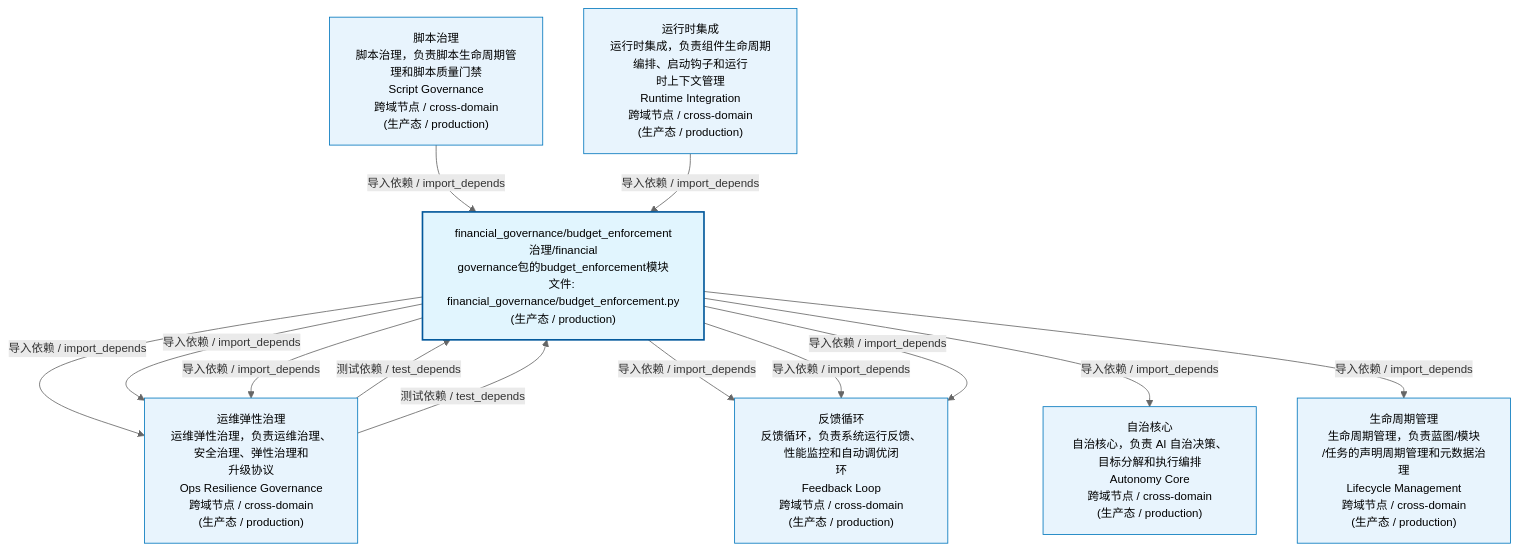
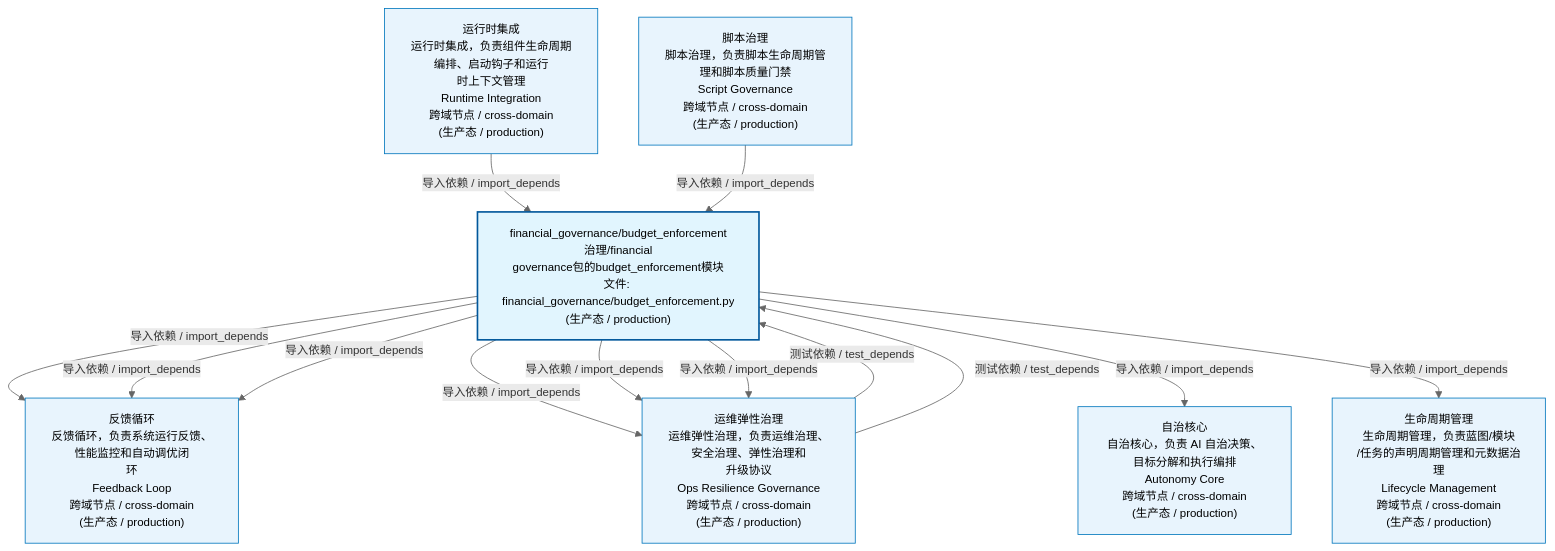
Before and after one commit to xuanFelixVan/ZephyrAlpha: the first of 3 diagrams in docs/02_enterprise_architecture/02_domain_architecture_docs/54_d_gov_repair.md, drawn with Mermaid. The commit also changed 51 other files, not shown here.

````diff
--- a/docs/02_enterprise_architecture/02_domain_architecture_docs/54_d_gov_repair.md
+++ b/docs/02_enterprise_architecture/02_domain_architecture_docs/54_d_gov_repair.md
@@ -53,29 +53,29 @@
 ```mermaid
 %%{init: {'theme': 'base', 'themeVariables': {'primaryColor': '#eaeaea', 'primaryTextColor': '#333333', 'primaryBorderColor': '#666666', 'lineColor': '#666666', 'secondaryColor': '#eaeaea', 'tertiaryColor': '#eaeaea', 'fontSize': '14px'}}}%%
 flowchart TD
     src_zephyr_governance_financial_governance_budget_enforcement_py["financial_governance/budget_enforcement<br/>治理/financial<br/>governance包的budget_enforcement模块<br/>文件: financial_governance/budget_enforcement.py<br/>(生产态 / production)"]
+    D_OPS["反馈循环<br/>反馈循环，负责系统运行反馈、性能监控和自动调优闭<br/>环<br/>Feedback Loop<br/>跨域节点 / cross-domain<br/>(生产态 / production)"]
+    src_zephyr_governance_financial_governance_budget_enforcement_py -->|导入依赖 / import_depends| D_OPS
     D_GOV_OPS_RESILIENCE["运维弹性治理<br/>运维弹性治理，负责运维治理、安全治理、弹性治理和<br/>升级协议<br/>Ops Resilience Governance<br/>跨域节点 / cross-domain<br/>(生产态 / production)"]
     src_zephyr_governance_financial_governance_budget_enforcement_py -->|导入依赖 / import_depends| D_GOV_OPS_RESILIENCE
-    D_OPS["反馈循环<br/>反馈循环，负责系统运行反馈、性能监控和自动调优闭<br/>环<br/>Feedback Loop<br/>跨域节点 / cross-domain<br/>(生产态 / production)"]
-    src_zephyr_governance_financial_governance_budget_enforcement_py -->|导入依赖 / import_depends| D_OPS
     src_zephyr_governance_financial_governance_budget_enforcement_py -->|导入依赖 / import_depends| D_GOV_OPS_RESILIENCE
     src_zephyr_governance_financial_governance_budget_enforcement_py -->|导入依赖 / import_depends| D_OPS
     src_zephyr_governance_financial_governance_budget_enforcement_py -->|导入依赖 / import_depends| D_OPS
     src_zephyr_governance_financial_governance_budget_enforcement_py -->|导入依赖 / import_depends| D_GOV_OPS_RESILIENCE
     D_AUTONOMY_CORE["自治核心<br/>自治核心，负责 AI 自治决策、目标分解和执行编排<br/>Autonomy Core<br/>跨域节点 / cross-domain<br/>(生产态 / production)"]
     src_zephyr_governance_financial_governance_budget_enforcement_py -->|导入依赖 / import_depends| D_AUTONOMY_CORE
     D_GOVERNANCE["生命周期管理<br/>生命周期管理，负责蓝图/模块<br/>/任务的声明周期管理和元数据治理<br/>Lifecycle Management<br/>跨域节点 / cross-domain<br/>(生产态 / production)"]
     src_zephyr_governance_financial_governance_budget_enforcement_py -->|导入依赖 / import_depends| D_GOVERNANCE
     D_GOV_OPS_RESILIENCE -->|测试依赖 / test_depends| src_zephyr_governance_financial_governance_budget_enforcement_py
-    D_GOV_SCRIPTS["脚本治理<br/>脚本治理，负责脚本生命周期管理和脚本质量门禁<br/>Script Governance<br/>跨域节点 / cross-domain<br/>(生产态 / production)"]
-    D_GOV_SCRIPTS -->|导入依赖 / import_depends| src_zephyr_governance_financial_governance_budget_enforcement_py
     D_INFRA_RUNTIME["运行时集成<br/>运行时集成，负责组件生命周期编排、启动钩子和运行<br/>时上下文管理<br/>Runtime Integration<br/>跨域节点 / cross-domain<br/>(生产态 / production)"]
     D_INFRA_RUNTIME -->|导入依赖 / import_depends| src_zephyr_governance_financial_governance_budget_enforcement_py
     D_GOV_OPS_RESILIENCE -->|测试依赖 / test_depends| src_zephyr_governance_financial_governance_budget_enforcement_py
+    D_GOV_SCRIPTS["脚本治理<br/>脚本治理，负责脚本生命周期管理和脚本质量门禁<br/>Script Governance<br/>跨域节点 / cross-domain<br/>(生产态 / production)"]
+    D_GOV_SCRIPTS -->|导入依赖 / import_depends| src_zephyr_governance_financial_governance_budget_enforcement_py
     classDef production fill:#e1f5fe,stroke:#01579b,stroke-width:2px,color:#000
     classDef design fill:#fff3e0,stroke:#e65100,stroke-width:2px,color:#000,stroke-dasharray: 5 5
     classDef external_prod fill:#e8f4fd,stroke:#0277bd,stroke-width:1px,color:#000
     classDef external_design fill:#fff8e7,stroke:#ef6c00,stroke-width:1px,color:#000,stroke-dasharray: 5 5
     class src_zephyr_governance_financial_governance_budget_enforcement_py production
-    class D_GOV_OPS_RESILIENCE,D_OPS,D_AUTONOMY_CORE,D_GOVERNANCE,D_GOV_SCRIPTS,D_INFRA_RUNTIME external_prod
+    class D_OPS,D_GOV_OPS_RESILIENCE,D_AUTONOMY_CORE,D_GOVERNANCE,D_INFRA_RUNTIME,D_GOV_SCRIPTS external_prod
 ```
````
